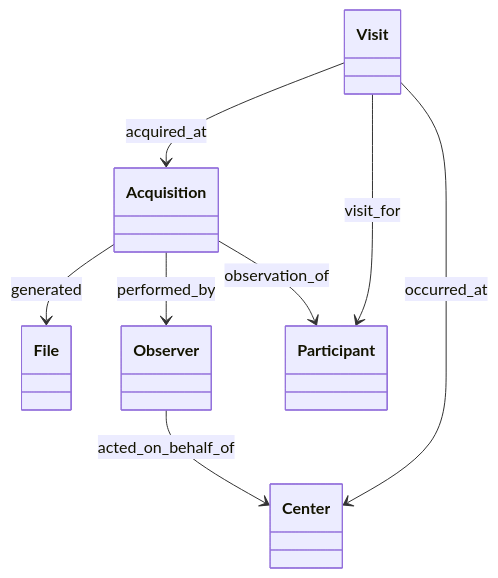
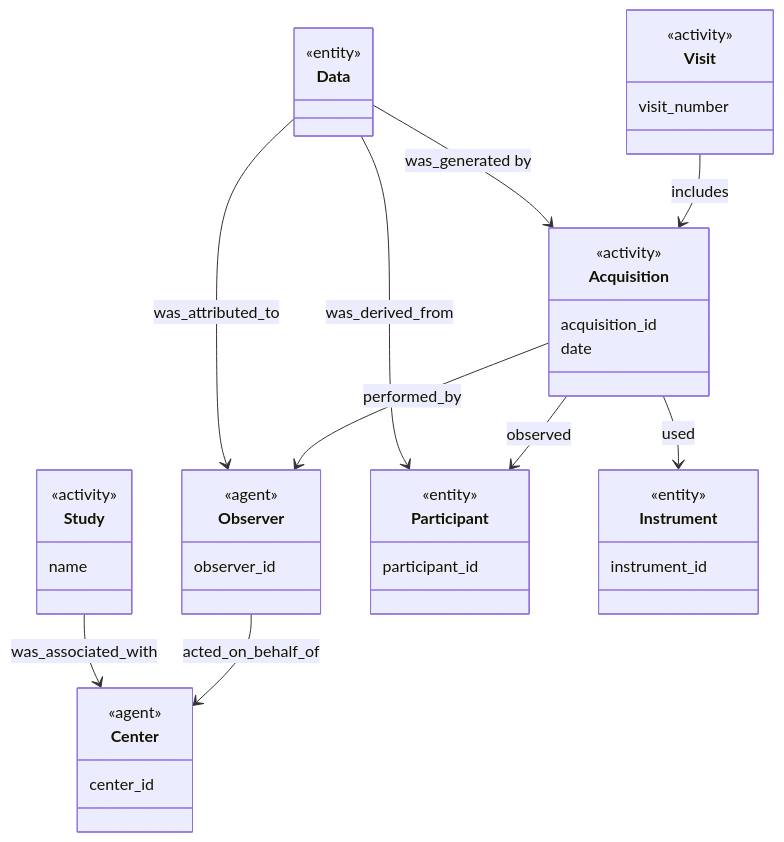
The third of 3 diagrams in docs/metadata.md (naccdata/data-collection), drawn with Mermaid before and after one commit. The commit also changed other lines of this file, not shown here.

````diff
--- a/docs/metadata.md
+++ b/docs/metadata.md
@@ -63,10 +89,36 @@
 ```mermaid
 classDiagram
-    Acquisition --> File : generated
-    Acquisition --> Observer : performed_by
-    Acquisition --> Participant : observation_of
+    class Observer
+    <<agent>> Observer
+    Observer : observer_id
+    class Center
+    <<agent>> Center
+    Center: center_id
     Observer --> Center : acted_on_behalf_of
-    Visit --> Center : occurred_at
-    Visit --> Acquisition : acquired_at
-    Visit --> Participant : visit_for
+    class Study
+    <<activity>> Study
+    Study: name
+    Study --> Center : was_associated_with
+    class Acquisition
+    <<activity>> Acquisition
+    Acquisition: acquisition_id
+    Acquisition: date
+    Acquisition -->  Observer: performed_by
+    class Participant
+    <<entity>> Participant
+    Participant: participant_id
+    Acquisition --> Participant: observed
+    class Instrument
+    <<entity>> Instrument
+    Instrument: instrument_id
+    Acquisition --> Instrument : used
+    class Visit
+    <<activity>> Visit
+    Visit: visit_number
+    Visit --> Acquisition: includes
+    class Data
+    <<entity>> Data
+    Data --> Acquisition: was_generated by
+    Data --> Observer: was_attributed_to
+    Data --> Participant: was_derived_from
 ```
````
